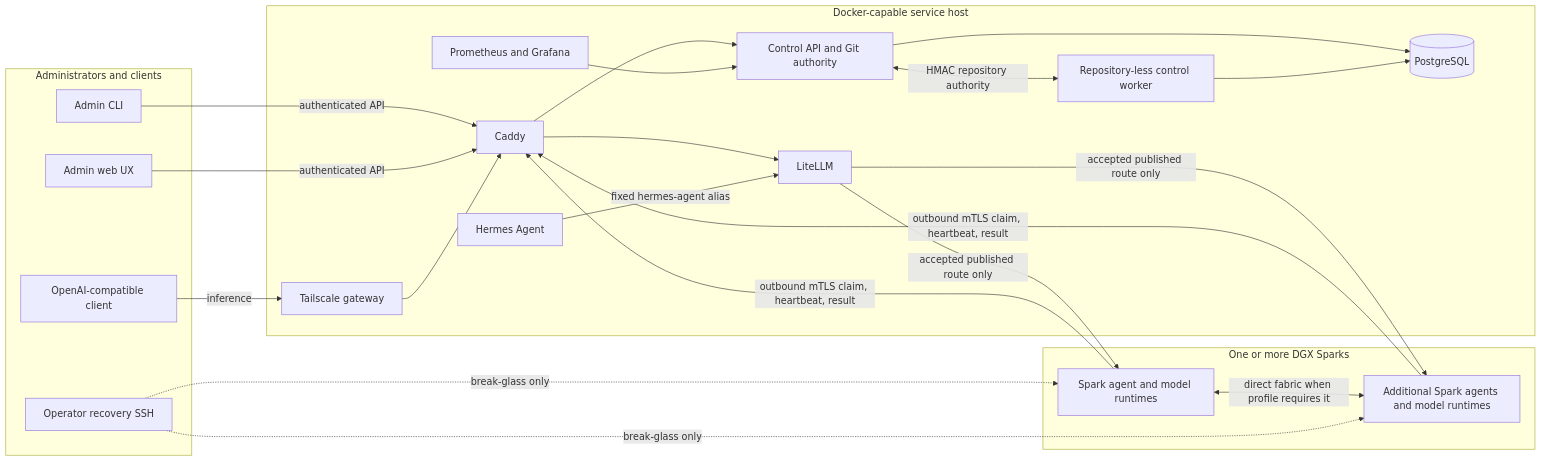
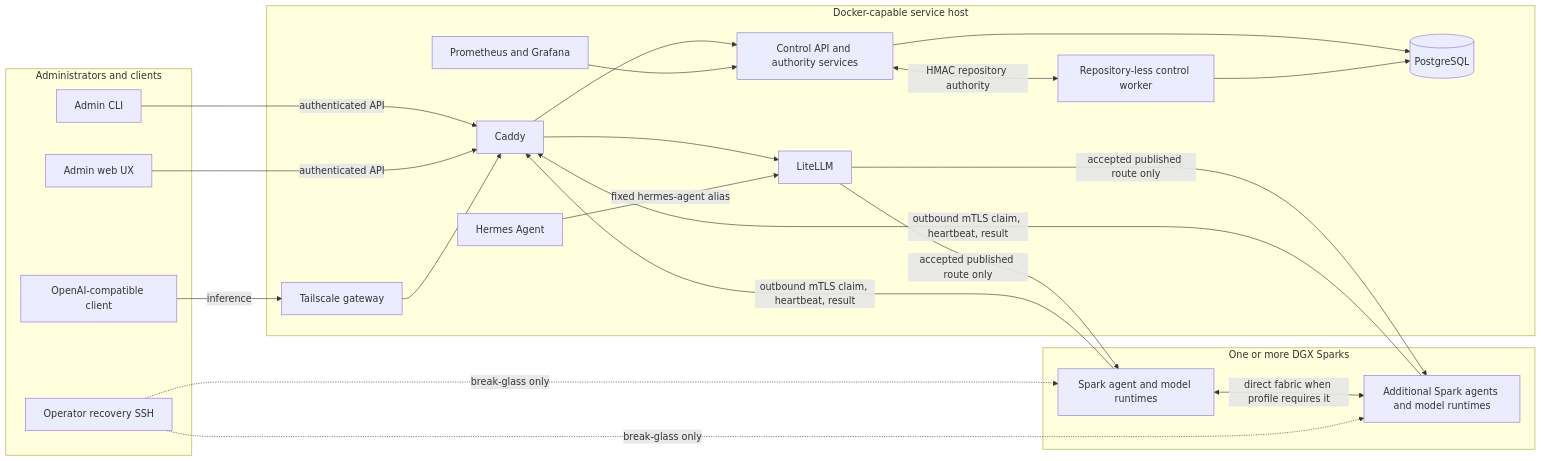
The diagram in docs/architecture-overview.md (CarstVaartjes/DGX-Forge), drawn with Mermaid before and after one commit. The commit also changed other lines of this file and 9 other files, not shown here.

````diff
--- a/docs/architecture-overview.md
+++ b/docs/architecture-overview.md
@@ -13,42 +13,42 @@
 ```mermaid
 flowchart LR
     subgraph users[Administrators and clients]
         cli[Admin CLI]
         web[Admin web UX]
         client[OpenAI-compatible client]
         operator[Operator recovery SSH]
     end
 
     subgraph host[Docker-capable service host]
         tailscale[Tailscale gateway]
         caddy[Caddy]
-        api[Control API and Git authority]
+        api[Control API and authority services]
         worker[Repository-less control worker]
         db[(PostgreSQL)]
         litellm[LiteLLM]
         hermes[Hermes Agent]
         telemetry[Prometheus and Grafana]
     end
 
     subgraph sparks[One or more DGX Sparks]
         s1[Spark agent and model runtimes]
         sn[Additional Spark agents and model runtimes]
     end
 
     cli -->|authenticated API| caddy
     web -->|authenticated API| caddy
     client -->|inference| tailscale --> caddy --> litellm
     caddy --> api
     api --> db
     worker --> db
     api <-->|HMAC repository authority| worker
     hermes -->|fixed hermes-agent alias| litellm
     telemetry --> api
     litellm -->|accepted published route only| s1
     litellm -->|accepted published route only| sn
     s1 -->|outbound mTLS claim, heartbeat, result| caddy
     sn -->|outbound mTLS claim, heartbeat, result| caddy
     s1 <-->|direct fabric when profile requires it| sn
     operator -. break-glass only .-> s1
     operator -. break-glass only .-> sn
 ```
````
